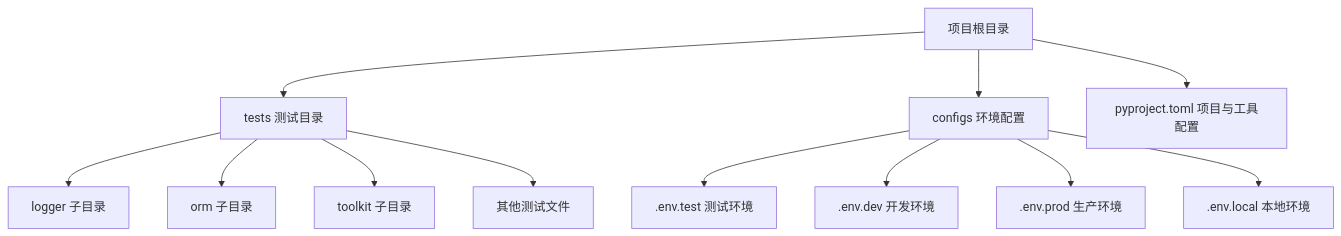
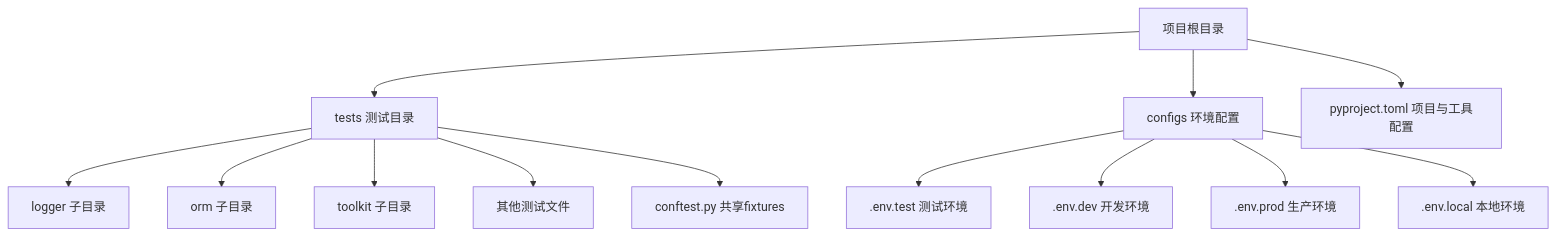
One commit to lilinzezzzzzz/fastapi-backend changed the first of 4 diagrams in .qoder/repowiki/zh/content/测试策略/测试配置.md. Above: the diagram before and after it, drawn with Mermaid. The commit also changed other lines of this file and 38 other files, not shown here.

````diff
--- a/.qoder/repowiki/zh/content/测试策略/测试配置.md
+++ b/.qoder/repowiki/zh/content/测试策略/测试配置.md
@@ -46,14 +58,15 @@
 ```mermaid
 graph TB
 A["项目根目录"] --> B["tests 测试目录"]
 B --> B1["logger 子目录"]
 B --> B2["orm 子目录"]
 B --> B3["toolkit 子目录"]
 B --> B4["其他测试文件"]
+B --> B5["conftest.py 共享fixtures"]
 A --> C["configs 环境配置"]
 C --> C1[".env.test 测试环境"]
 C --> C2[".env.dev 开发环境"]
 C --> C3[".env.prod 生产环境"]
 C --> C4[".env.local 本地环境"]
 A --> D["pyproject.toml 项目与工具配置"]
 ```
````
